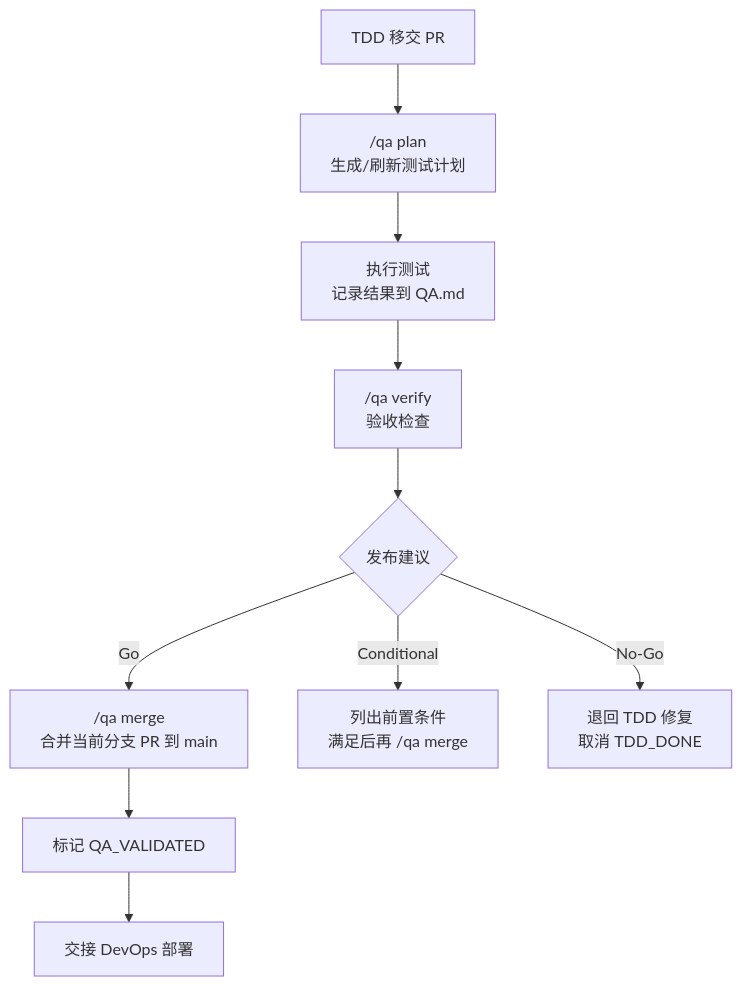
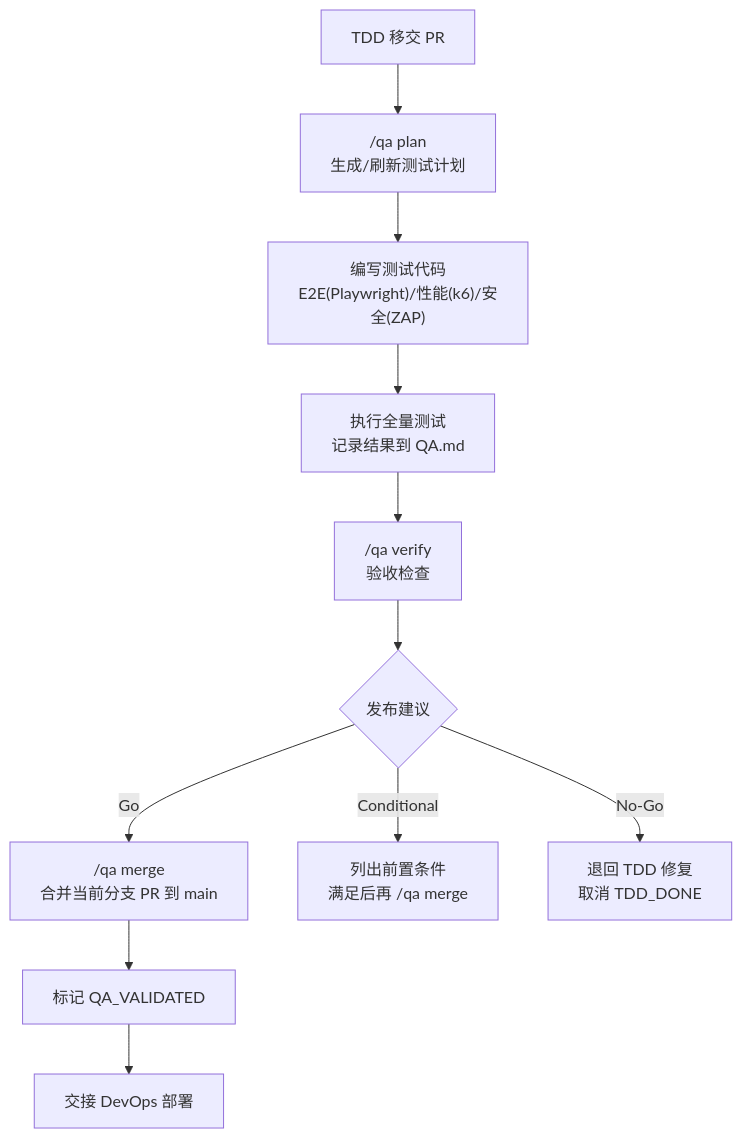
Before and after one commit to hollisyao2024/PromptsEngineering: the diagram in AgentRoles/QA-TESTING-EXPERT.md, drawn with Mermaid. The commit also changed other lines of this file and 6 other files, not shown here.

````diff
--- a/AgentRoles/QA-TESTING-EXPERT.md
+++ b/AgentRoles/QA-TESTING-EXPERT.md
@@ -220,12 +240,13 @@
 ```mermaid
 flowchart TD
     A[TDD 移交 PR] --> B["/qa plan<br/>生成/刷新测试计划"]
-    B --> C[执行测试<br/>记录结果到 QA.md]
+    B --> B2["编写测试代码<br/>E2E(Playwright)/性能(k6)/安全(ZAP)"]
+    B2 --> C["执行全量测试<br/>记录结果到 QA.md"]
     C --> D["/qa verify<br/>验收检查"]
     D --> E{发布建议}
     E -->|Go| F["/qa merge<br/>合并当前分支 PR 到 main"]
     E -->|Conditional| G[列出前置条件<br/>满足后再 /qa merge]
     E -->|No-Go| H[退回 TDD 修复<br/>取消 TDD_DONE]
     F --> I[标记 QA_VALIDATED]
     I --> J[交接 DevOps 部署]
 ```
````
